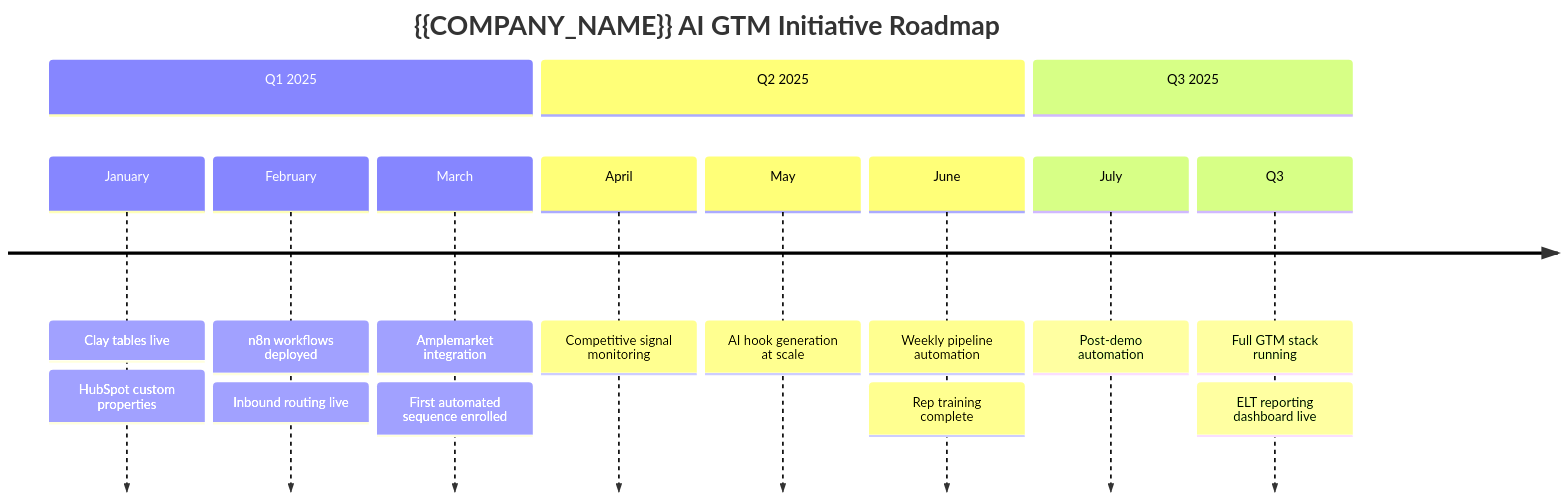
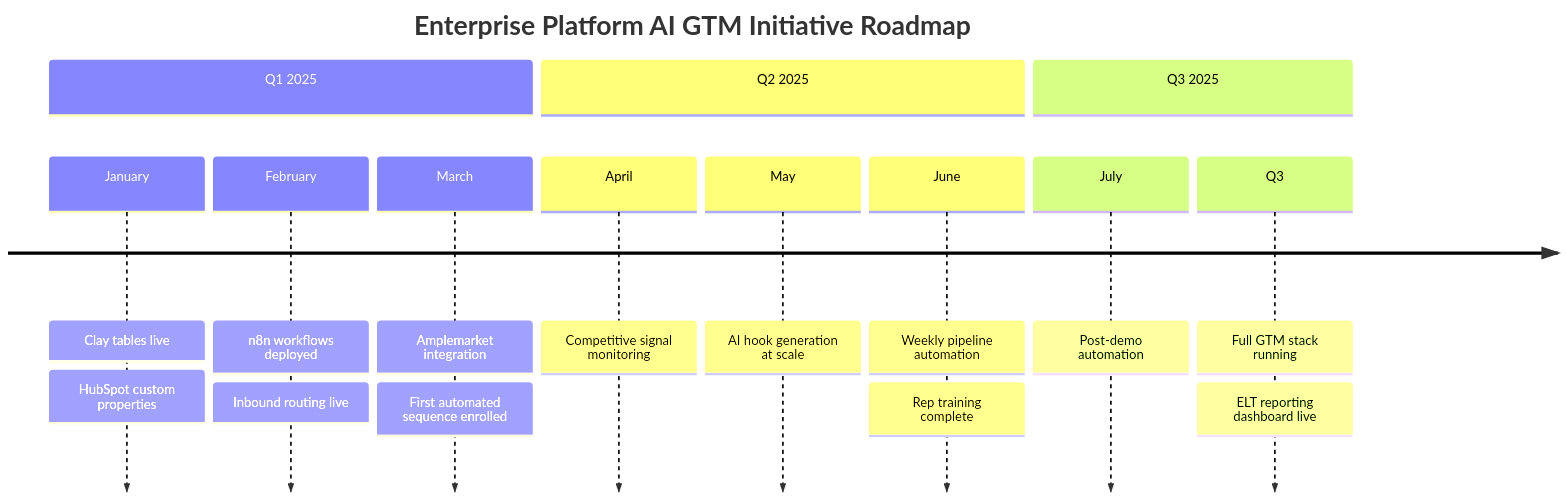
One commit to diamitani/mermaid_diagrams-skill changed the ninth of 10 diagrams in SKILL.md. Above: the diagram before and after it, drawn with Mermaid. The commit also changed other lines of this file, not shown here.

````diff
--- a/SKILL.md
+++ b/SKILL.md
@@ -250,20 +256,20 @@
 ```mermaid
 timeline
-    title {{COMPANY_NAME}} AI GTM Initiative Roadmap
+    title Enterprise Platform AI GTM Initiative Roadmap
     section Q1 2025
         January  : Clay tables live
                  : HubSpot custom properties
         February : n8n workflows deployed
                  : Inbound routing live
         March    : Amplemarket integration
                  : First automated sequence enrolled
     section Q2 2025
         April    : Competitive signal monitoring
         May      : AI hook generation at scale
         June     : Weekly pipeline automation
                  : Rep training complete
     section Q3 2025
         July     : Post-demo automation
         Q3       : Full GTM stack running
                  : ELT reporting dashboard live
 ```
````
